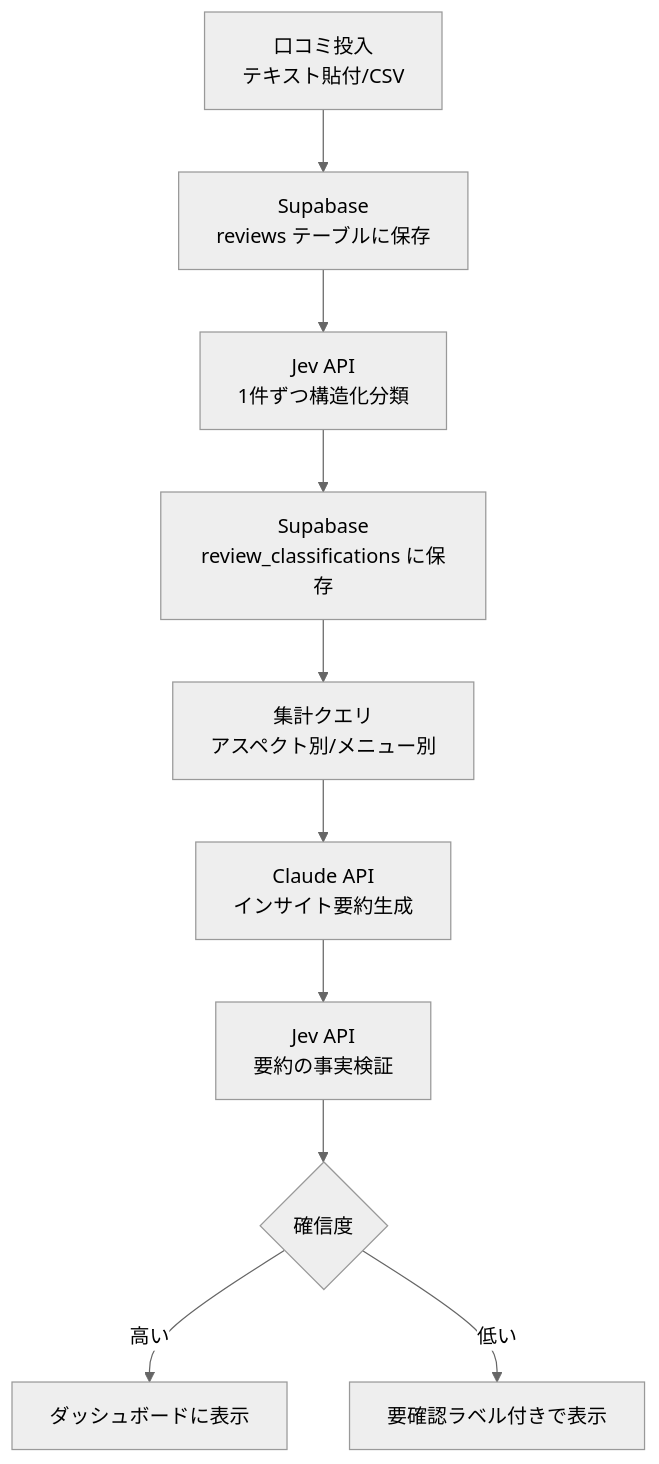
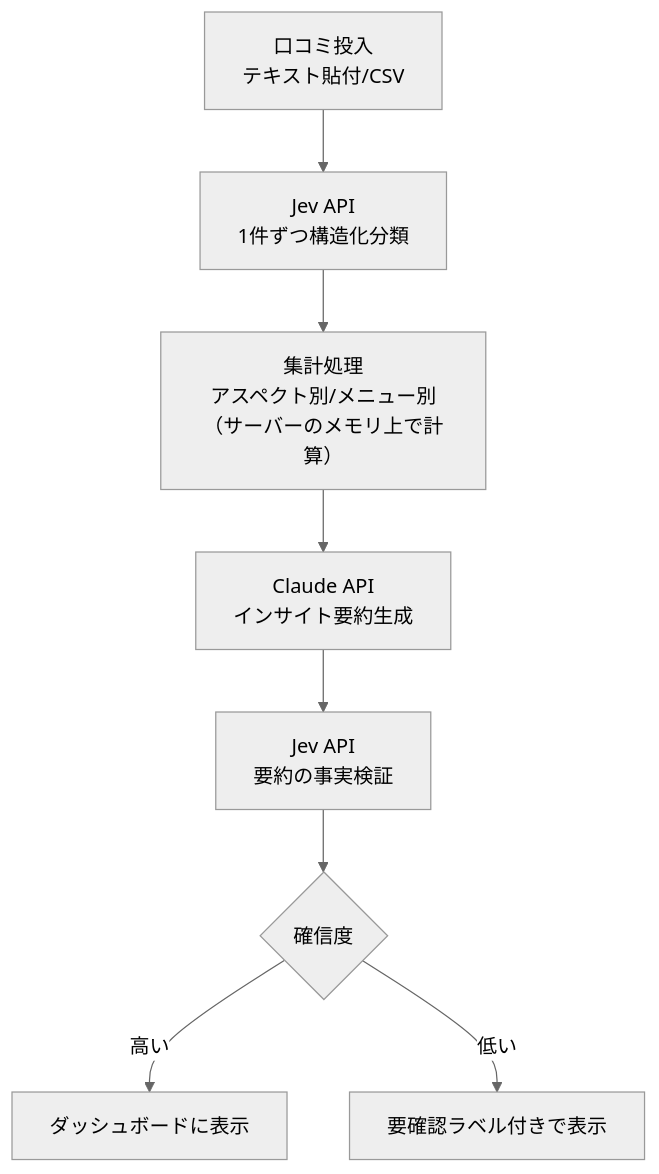
The diagram in docs/architecture.md (yuuki-nishino/restaurant-insight-verifier), drawn with Mermaid (neutral theme) before and after one commit. The commit also changed other lines of this file and 5 other files, not shown here.

````diff
--- a/docs/architecture.md
+++ b/docs/architecture.md
@@ -13,12 +15,10 @@
 ```mermaid
 flowchart TD
-    A[口コミ投入<br/>テキスト貼付/CSV] --> B[Supabase<br/>reviews テーブルに保存]
-    B --> C[Jev API<br/>1件ずつ構造化分類]
-    C --> D[Supabase<br/>review_classifications に保存]
-    D --> E[集計クエリ<br/>アスペクト別/メニュー別]
-    E --> F[Claude API<br/>インサイト要約生成]
-    F --> G[Jev API<br/>要約の事実検証]
-    G --> H{確信度}
-    H -->|高い| I[ダッシュボードに表示]
-    H -->|低い| J[要確認ラベル付きで表示]
+    A[口コミ投入<br/>テキスト貼付/CSV] --> B[Jev API<br/>1件ずつ構造化分類]
+    B --> C[集計処理<br/>アスペクト別/メニュー別<br/>（サーバーのメモリ上で計算）]
+    C --> D[Claude API<br/>インサイト要約生成]
+    D --> E[Jev API<br/>要約の事実検証]
+    E --> F{確信度}
+    F -->|高い| G[ダッシュボードに表示]
+    F -->|低い| H[要確認ラベル付きで表示]
 ```
````
